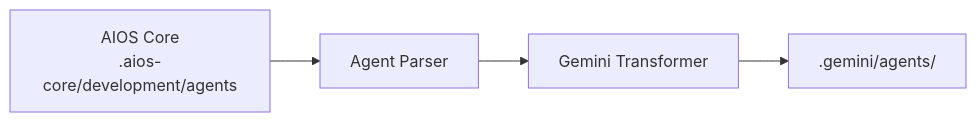
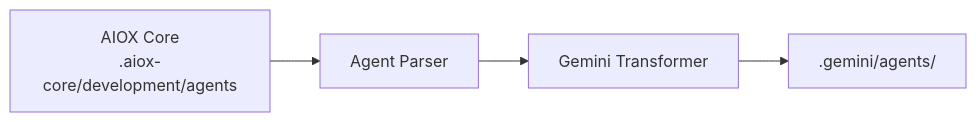
Before and after one commit to brunajunckes/aiox-core: the diagram in docs/es/platforms/gemini-cli.md, drawn with Mermaid. The commit also changed other lines of this file and 3396 other files, not shown here.

First line of the commit message:
chore: rebrand aios → aiox across entire codebase (#552)

````diff
--- a/docs/es/platforms/gemini-cli.md
+++ b/docs/es/platforms/gemini-cli.md
@@ -316,6 +316,6 @@
 ```mermaid
 flowchart LR
-    Source["AIOS Core<br/>.aios-core/development/agents"] --> Parser["Agent Parser"]
+    Source["AIOX Core<br/>.aiox-core/development/agents"] --> Parser["Agent Parser"]
     Parser --> Transform["Gemini Transformer"]
     Transform --> Output[".gemini/agents/"]
 ```
````
